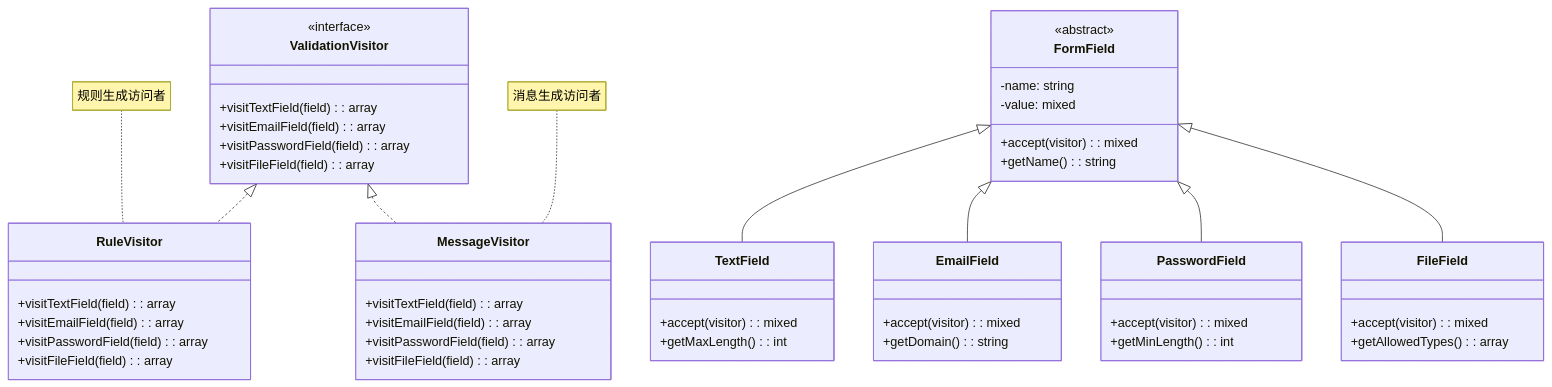
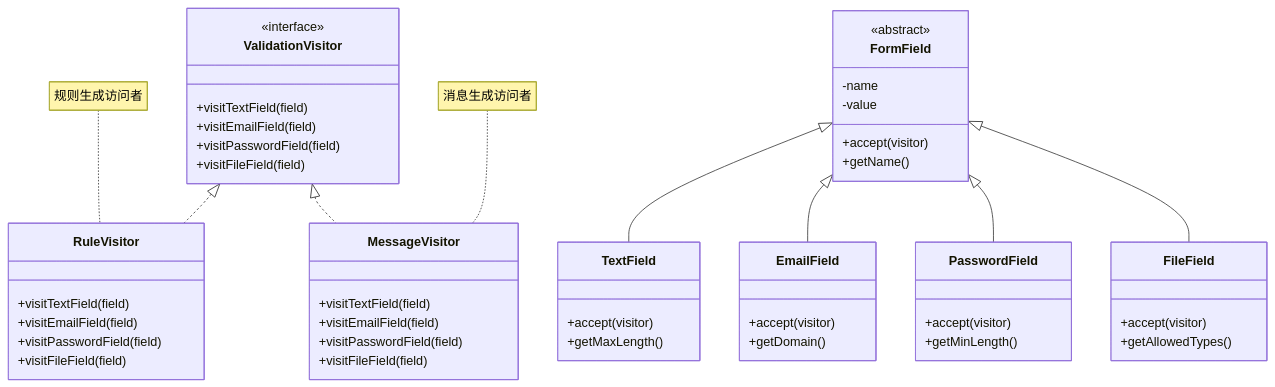
The fourth of 5 diagrams in resources/design-patterns/laravel/behavioral/visitor_zh.md (fanly/DesignPattern), drawn with Mermaid before and after one commit. The commit also changed other lines of this file and 103 other files, not shown here.

````diff
--- a/resources/design-patterns/laravel/behavioral/visitor_zh.md
+++ b/resources/design-patterns/laravel/behavioral/visitor_zh.md
@@ -149,62 +149,62 @@
 ```mermaid
 classDiagram
     class ValidationVisitor {
         <<interface>>
-        +visitTextField(field): array
-        +visitEmailField(field): array
-        +visitPasswordField(field): array
-        +visitFileField(field): array
+        +visitTextField(field)
+        +visitEmailField(field)
+        +visitPasswordField(field)
+        +visitFileField(field)
     }
     
     class RuleVisitor {
-        +visitTextField(field): array
-        +visitEmailField(field): array
-        +visitPasswordField(field): array
-        +visitFileField(field): array
+        +visitTextField(field)
+        +visitEmailField(field)
+        +visitPasswordField(field)
+        +visitFileField(field)
     }
     
     class MessageVisitor {
-        +visitTextField(field): array
-        +visitEmailField(field): array
-        +visitPasswordField(field): array
-        +visitFileField(field): array
+        +visitTextField(field)
+        +visitEmailField(field)
+        +visitPasswordField(field)
+        +visitFileField(field)
     }
     
     class FormField {
         <<abstract>>
-        -name: string
-        -value: mixed
-        +accept(visitor): mixed
-        +getName(): string
+        -name
+        -value
+        +accept(visitor)
+        +getName()
     }
     
     class TextField {
-        +accept(visitor): mixed
-        +getMaxLength(): int
+        +accept(visitor)
+        +getMaxLength()
     }
     
     class EmailField {
-        +accept(visitor): mixed
-        +getDomain(): string
+        +accept(visitor)
+        +getDomain()
     }
     
     class PasswordField {
-        +accept(visitor): mixed
-        +getMinLength(): int
+        +accept(visitor)
+        +getMinLength()
     }
     
     class FileField {
-        +accept(visitor): mixed
-        +getAllowedTypes(): array
+        +accept(visitor)
+        +getAllowedTypes()
     }
     
     ValidationVisitor <|.. RuleVisitor
     ValidationVisitor <|.. MessageVisitor
     FormField <|-- TextField
     FormField <|-- EmailField
     FormField <|-- PasswordField
     FormField <|-- FileField
     
     note for RuleVisitor "规则生成访问者"
     note for MessageVisitor "消息生成访问者"
 ```
````
